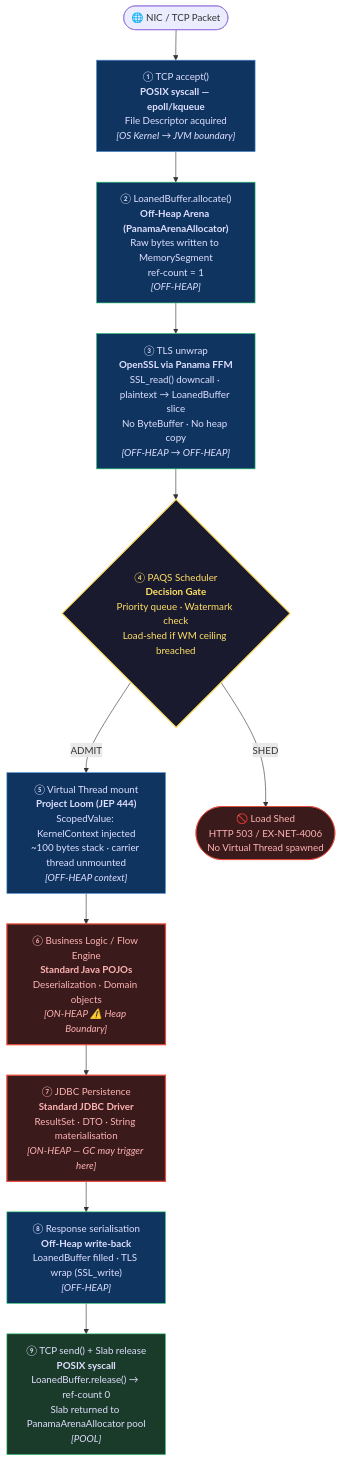
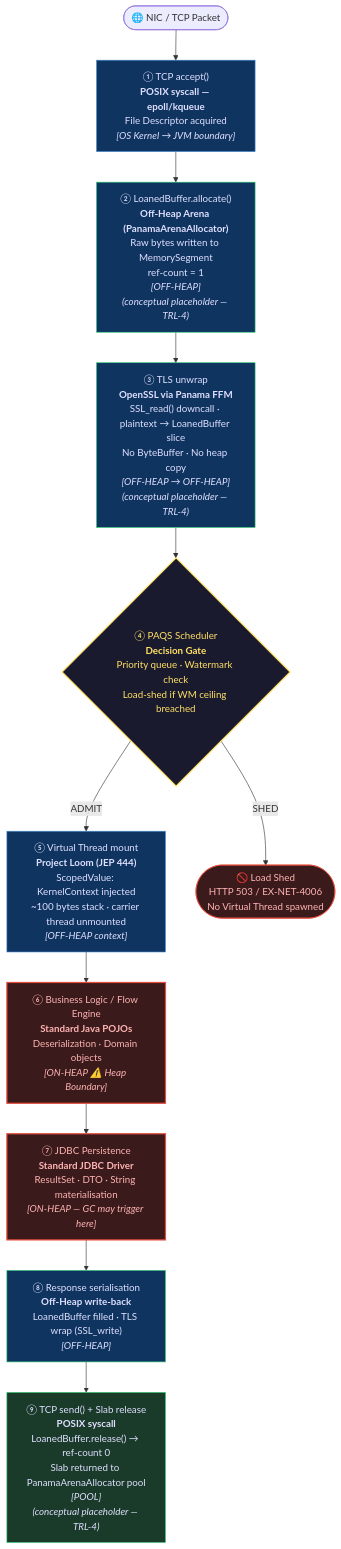
One commit to exeris-systems/exeris-kernel changed the diagram in docs/modules/03-community.md. Above: the diagram before and after it, drawn with Mermaid. The commit also changed other lines of this file and 6 other files, not shown here.

````diff
--- a/docs/modules/03-community.md
+++ b/docs/modules/03-community.md
@@ -13,37 +20,37 @@
 ```mermaid
 flowchart TD
     NIC(["🌐 NIC / TCP Packet"])
 
     A["① TCP accept()\n<b>POSIX syscall — epoll/kqueue</b>\nFile Descriptor acquired\n<i>[OS Kernel → JVM boundary]</i>"]
 
-    B["② LoanedBuffer.allocate()\n<b>Off-Heap Arena (PanamaArenaAllocator)</b>\nRaw bytes written to MemorySegment\nref-count = 1\n<i>[OFF-HEAP]</i>"]
+    B["② LoanedBuffer.allocate()\n<b>Off-Heap Arena (PanamaArenaAllocator)</b>\nRaw bytes written to MemorySegment\nref-count = 1\n<i>[OFF-HEAP]</i>\n<i>(conceptual placeholder — TRL-4)</i>"]
 
-    C["③ TLS unwrap\n<b>OpenSSL via Panama FFM</b>\nSSL_read() downcall · plaintext → LoanedBuffer slice\nNo ByteBuffer · No heap copy\n<i>[OFF-HEAP → OFF-HEAP]</i>"]
+    C["③ TLS unwrap\n<b>OpenSSL via Panama FFM</b>\nSSL_read() downcall · plaintext → LoanedBuffer slice\nNo ByteBuffer · No heap copy\n<i>[OFF-HEAP → OFF-HEAP]</i>\n<i>(conceptual placeholder — TRL-4)</i>"]
 
     D{"④ PAQS Scheduler\n<b>Decision Gate</b>\nPriority queue · Watermark check\nLoad-shed if WM ceiling breached"}
 
     E["⑤ Virtual Thread mount\n<b>Project Loom (JEP 444)</b>\nScopedValue: KernelContext injected\n~100 bytes stack · carrier thread unmounted\n<i>[OFF-HEAP context]</i>"]
 
     F["⑥ Business Logic / Flow Engine\n<b>Standard Java POJOs</b>\nDeserialization · Domain objects\n<i>[ON-HEAP ⚠️ Heap Boundary]</i>"]
 
     G["⑦ JDBC Persistence\n<b>Standard JDBC Driver</b>\nResultSet · DTO · String materialisation\n<i>[ON-HEAP — GC may trigger here]</i>"]
 
     H["⑧ Response serialisation\n<b>Off-Heap write-back</b>\nLoanedBuffer filled · TLS wrap (SSL_write)\n<i>[OFF-HEAP]</i>"]
 
-    I["⑨ TCP send() + Slab release\n<b>POSIX syscall</b>\nLoanedBuffer.release() → ref-count 0\nSlab returned to PanamaArenaAllocator pool\n<i>[POOL]</i>"]
+    I["⑨ TCP send() + Slab release\n<b>POSIX syscall</b>\nLoanedBuffer.release() → ref-count 0\nSlab returned to PanamaArenaAllocator pool\n<i>[POOL]</i>\n<i>(conceptual placeholder — TRL-4)</i>"]
 
     NIC --> A --> B --> C --> D
     D -->|"ADMIT"| E --> F --> G --> H --> I
     D -->|"SHED"| SHED(["🚫 Load Shed\nHTTP 503 / EX-NET-4006\nNo Virtual Thread spawned"])
 
     style A fill:#0f3460,color:#e0e0ff,stroke:#4a90d9
     style B fill:#0f3460,color:#e0e0ff,stroke:#2ecc71
     style C fill:#0f3460,color:#e0e0ff,stroke:#2ecc71
     style D fill:#1a1a2e,color:#ffe066,stroke:#ffe066,stroke-width:2px
     style E fill:#0f3460,color:#e0e0ff,stroke:#4a90d9
     style F fill:#3a1a1a,color:#ffb3b3,stroke:#e74c3c,stroke-width:2px
     style G fill:#3a1a1a,color:#ffb3b3,stroke:#e74c3c,stroke-width:2px
     style H fill:#0f3460,color:#e0e0ff,stroke:#2ecc71
     style I fill:#1a3a2a,color:#e0e0ff,stroke:#2ecc71
     style SHED fill:#3a1a1a,color:#ffb3b3,stroke:#e74c3c
 ```
````
